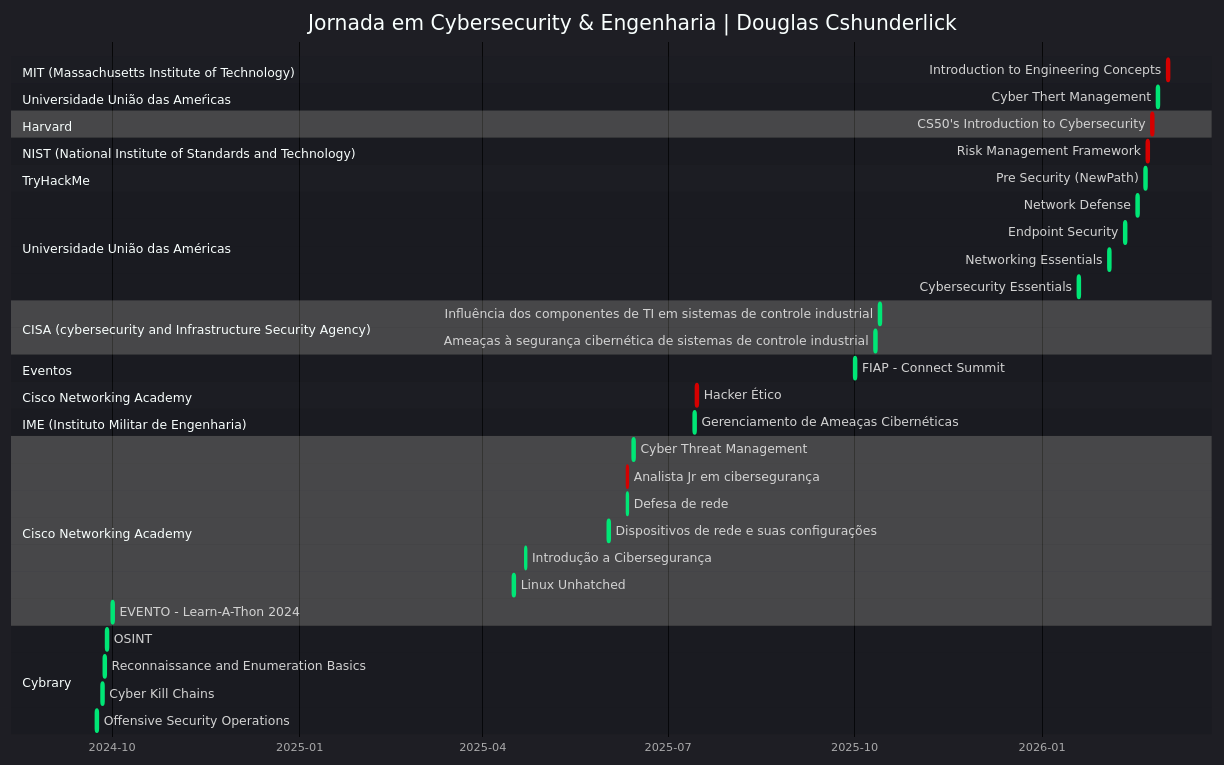
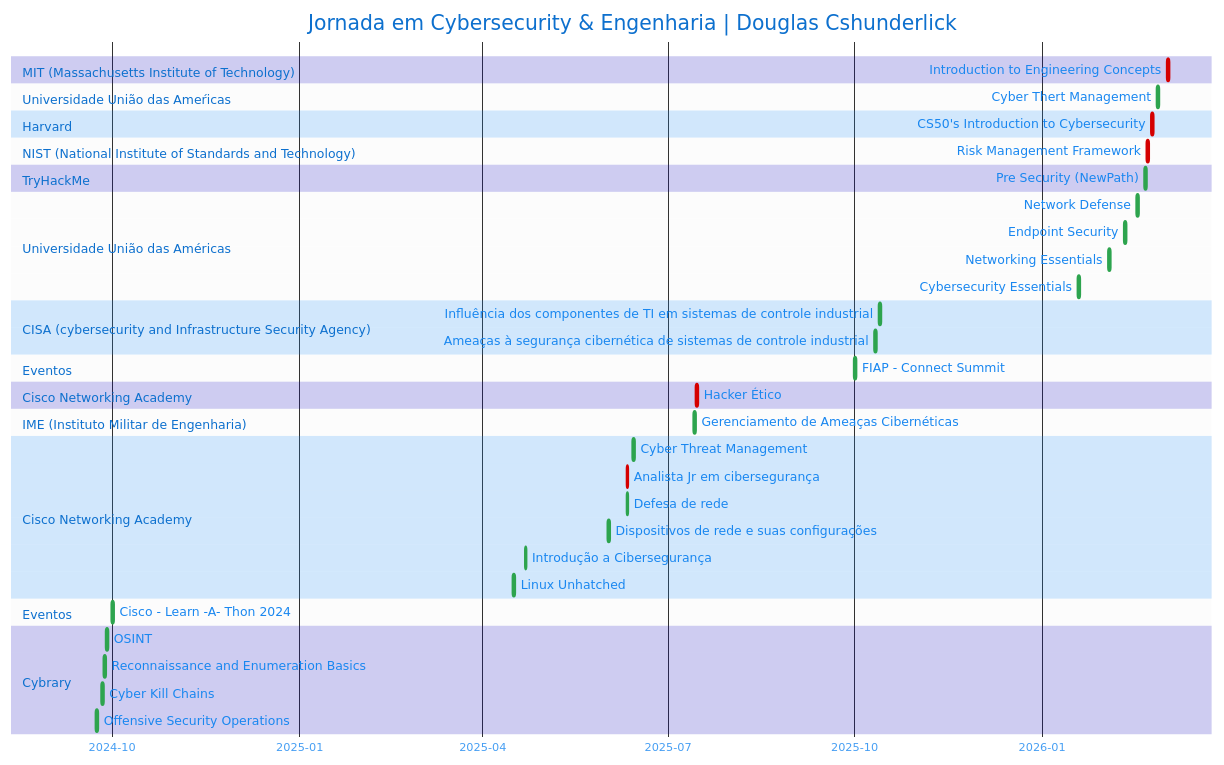
One commit to douglascshun/douglascshun changed the diagram in README.md. Above: the diagram before and after it, drawn with Mermaid.

````diff
--- a/README.md
+++ b/README.md
@@ -638,71 +638,70 @@
 ```mermaid
 %%{ init: { 
-  'theme': 'dark', 
-  'themeVariables': {
-    'background': '#0d1117',
-    'sectionBkgColor': '#161b22', 
-    'altSectionBkgColor': '#0d1117', 
-    'doneTaskBkgColor': '#00c853', 
-    'doneTaskBorderColor': '#00e676',
-    'critBkgColor': '#ff1744', 
+  'theme': 'base',   
+  'themeVariables': { 
+    'primaryColor': '#1987F0',             
+    'primaryTextColor': '#1987F0',         
+    'sectionBkgColor': '#0E00B7',       
+    'altSectionBkgColor': '#1111',       
+    'doneTaskBorderColor': '#2da44e',
     'critBorderColor': '#d50000',
-    'taskTextColor': '#ffffff',
-    'taskBorderColor': '#39ff14',
-    'gridColor': '#30363d'
+    'todayMarkerColor': '#aaaaaaaa'          
   } 
 } }%%
 gantt
     title Jornada em Cybersecurity & Engenharia | Douglas Cshunderlick
     dateFormat  YYYY-MM-DD
     axisFormat %Y-%m
 
     section MIT (Massachusetts Institute of Technology)
     Introduction to Engineering Concepts                                 :crit, 2026-03-04, 1d
 
     section Universidade União das Ameŕicas 
     Cyber Thert Management                                               :done, 2026-02-27, 1d
 
     section Harvard
     CS50's Introduction to Cybersecurity                                 :crit, 2026-02-24, 1d
 
     section NIST (National Institute of Standards and Technology)
     Risk Management Framework                                            :crit, 2026-02-22, 1d
 
     section TryHackMe
     Pre Security (NewPath)                                               :done, 2026-02-21, 1d 
     
     section Universidade União das Américas
     Network Defense                                                      :done, 2026-02-17, 1d
     Endpoint Security                                                    :done, 2026-02-11, 1d
     Networking Essentials                                                :done, 2026-02-03, 1d
     Cybersecurity Essentials                                             :done, 2026-01-19, 1d
 
     section CISA (cybersecurity and Infrastructure Security Agency)
     Influência dos componentes de TI em sistemas de controle industrial  :done, 2025-10-13, 1d
     Ameaças à segurança cibernética de sistemas de controle industrial   :done, 2025-10-11, 1d  
 
     section Eventos
     FIAP - Connect Summit                                                :done, 2025-10, 1d
 
     section Cisco Networking Academy  
     Hacker Ético                                                         :crit, 2025-07-15, 1d
 
     section IME (Instituto Militar de Engenharia)
     Gerenciamento de Ameaças Cibernéticas                                :done, 2025-07-14, 1d
 
     section Cisco Networking Academy
     Cyber Threat Management                                              :done, 2025-06-14, 1d
     Analista Jr em cibersegurança                                        :crit, 2025-06-11, 1d
     Defesa de rede                                                       :done, 2025-06-11, 1d
     Dispositivos de rede e suas configurações                            :done, 2025-06-02, 1d
     Introdução a Cibersegurança                                          :done, 2025-04-22, 1d
     Linux Unhatched                                                      :done, 2025-04-16, 1d
-    EVENTO - Learn-A-Thon 2024                                           :done, 2024-10, 1d
+
+    section Eventos 
+    Cisco - Learn -A- Thon 2024                                          :done, 2024-10, 1d
 
 
     section Cybrary
     OSINT                                                                :done, 2024-09-28, 1d
     Reconnaissance and Enumeration Basics                                :done, 2024-09-27, 1d
     Cyber Kill Chains                                                    :done, 2024-09-26, 1d
     Offensive Security Operations                                        :done, 2024-09-23, 1d
 ```
````
